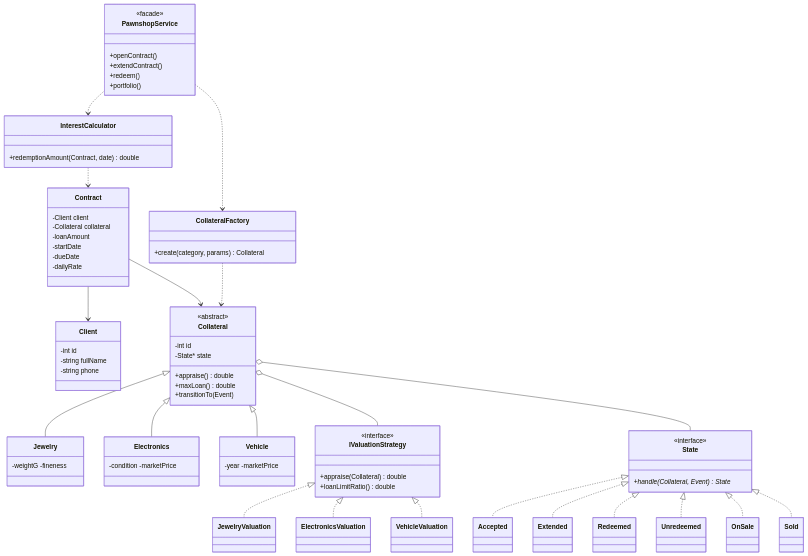
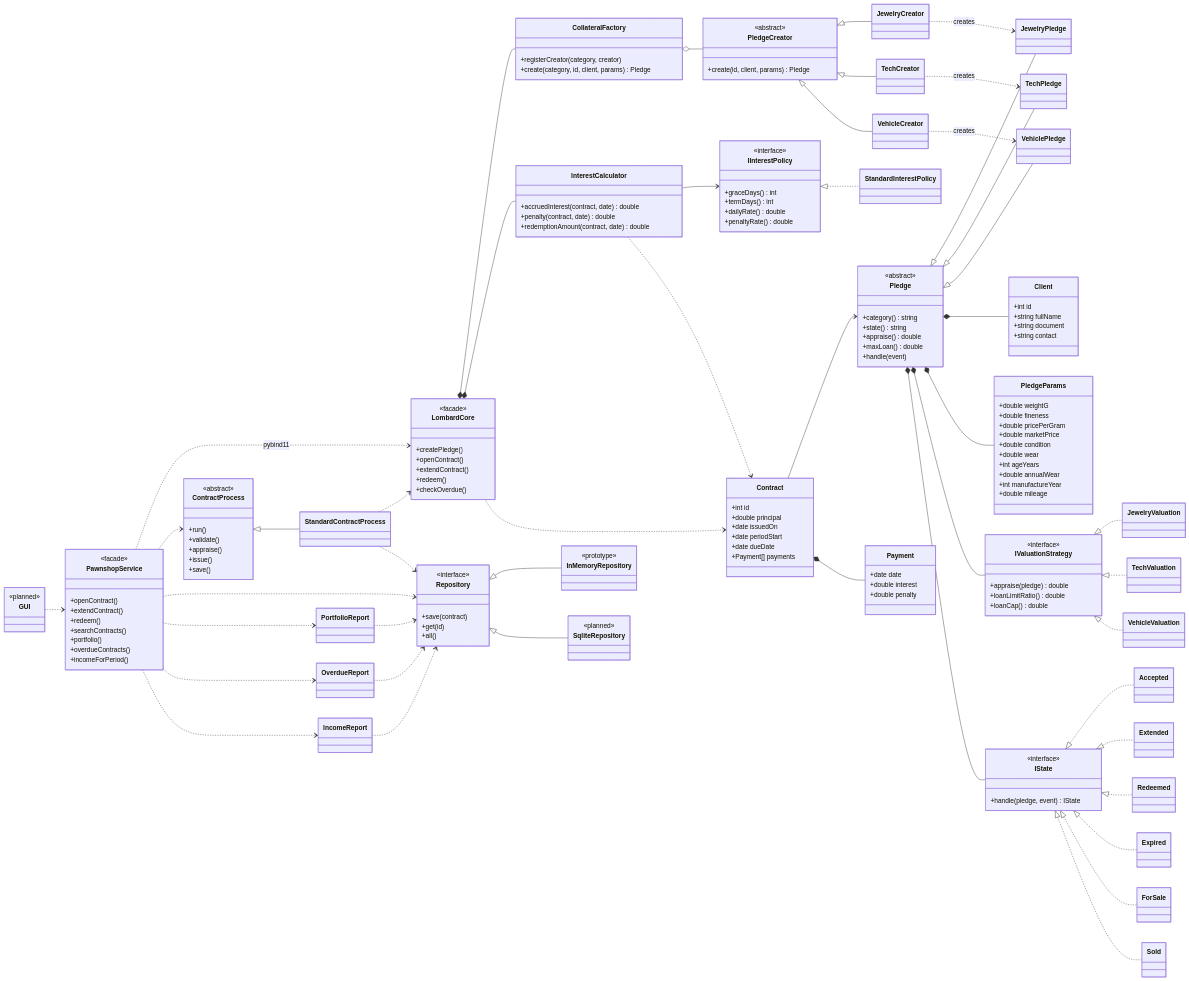
One commit to chester888-shef/pawnshop_system changed the first of 2 diagrams in docs/class_diagram.md. Above: the diagram before and after it, drawn with Mermaid. The commit also changed other lines of this file and 16 other files, not shown here.

````diff
--- a/docs/class_diagram.md
+++ b/docs/class_diagram.md
@@ -3,79 +7,180 @@
 ```mermaid
 classDiagram
+    direction LR
     class Client {
-        -int id
-        -string fullName
-        -string phone
+        +int id
+        +string fullName
+        +string document
+        +string contact
     }
-    class Collateral {
+    class PledgeParams {
+        +double weightG
+        +double fineness
+        +double pricePerGram
+        +double marketPrice
+        +double condition
+        +double wear
+        +int ageYears
+        +double annualWear
+        +int manufactureYear
+        +double mileage
+    }
+    class Pledge {
         <<abstract>>
-        -int id
-        -State* state
+        +category() string
+        +state() string
         +appraise() double
         +maxLoan() double
-        +transitionTo(Event)
+        +handle(event)
     }
-    class Jewelry { -weightG -fineness }
-    class Electronics { -condition -marketPrice }
-    class Vehicle { -year -marketPrice }
+    class JewelryPledge
+    class TechPledge
+    class VehiclePledge
     class IValuationStrategy {
         <<interface>>
-        +appraise(Collateral) double
+        +appraise(pledge) double
         +loanLimitRatio() double
+        +loanCap() double
     }
     class JewelryValuation
-    class ElectronicsValuation
+    class TechValuation
     class VehicleValuation
-    class CollateralFactory {
-        +create(category, params) Collateral
-    }
-    class State {
+    class IState {
         <<interface>>
-        +handle(Collateral, Event) State*
+        +handle(pledge, event) IState
     }
     class Accepted
     class Extended
     class Redeemed
-    class Unredeemed
-    class OnSale
+    class Expired
+    class ForSale
     class Sold
+    class PledgeCreator {
+        <<abstract>>
+        +create(id, client, params) Pledge
+    }
+    class JewelryCreator
+    class TechCreator
+    class VehicleCreator
+    class CollateralFactory {
+        +registerCreator(category, creator)
+        +create(category, id, client, params) Pledge
+    }
     class Contract {
-        -Client client
-        -Collateral collateral
-        -loanAmount
-        -startDate
-        -dueDate
-        -dailyRate
+        +int id
+        +double principal
+        +date issuedOn
+        +date periodStart
+        +date dueDate
+        +Payment[] payments
     }
+    class Payment {
+        +date date
+        +double interest
+        +double penalty
+    }
+    class IInterestPolicy {
+        <<interface>>
+        +graceDays() int
+        +termDays() int
+        +dailyRate() double
+        +penaltyRate() double
+    }
+    class StandardInterestPolicy
     class InterestCalculator {
-        +redemptionAmount(Contract, date) double
+        +accruedInterest(contract, date) double
+        +penalty(contract, date) double
+        +redemptionAmount(contract, date) double
+    }
+    class LombardCore {
+        <<facade>>
+        +createPledge()
+        +openContract()
+        +extendContract()
+        +redeem()
+        +checkOverdue()
     }
     class PawnshopService {
         <<facade>>
         +openContract()
         +extendContract()
         +redeem()
+        +searchContracts()
         +portfolio()
+        +overdueContracts()
+        +incomeForPeriod()
     }
-
-    Collateral <|-- Jewelry
-    Collateral <|-- Electronics
-    Collateral <|-- Vehicle
+    class ContractProcess {
+        <<abstract>>
+        +run()
+        +validate()
+        +appraise()
+        +issue()
+        +save()
+    }
+    class StandardContractProcess
+    class Repository {
+        <<interface>>
+        +save(contract)
+        +get(id)
+        +all()
+    }
+    class InMemoryRepository {
+        <<prototype>>
+    }
+    class SqliteRepository {
+        <<planned>>
+    }
+    class PortfolioReport
+    class OverdueReport
+    class IncomeReport
+    class GUI {
+        <<planned>>
+    }
+    Pledge <|-- JewelryPledge
+    Pledge <|-- TechPledge
+    Pledge <|-- VehiclePledge
+    Pledge *-- Client
+    Pledge *-- PledgeParams
+    Pledge *-- IValuationStrategy
+    Pledge *-- IState
     IValuationStrategy <|.. JewelryValuation
-    IValuationStrategy <|.. ElectronicsValuation
+    IValuationStrategy <|.. TechValuation
     IValuationStrategy <|.. VehicleValuation
-    Collateral o-- IValuationStrategy
-    Collateral o-- State
-    State <|.. Accepted
-    State <|.. Extended
-    State <|.. Redeemed
-    State <|.. Unredeemed
-    State <|.. OnSale
-    State <|.. Sold
-    CollateralFactory ..> Collateral
-    Contract --> Client
-    Contract --> Collateral
+    IState <|.. Accepted
+    IState <|.. Extended
+    IState <|.. Redeemed
+    IState <|.. Expired
+    IState <|.. ForSale
+    IState <|.. Sold
+    PledgeCreator <|-- JewelryCreator
+    PledgeCreator <|-- TechCreator
+    PledgeCreator <|-- VehicleCreator
+    JewelryCreator ..> JewelryPledge : creates
+    TechCreator ..> TechPledge : creates
+    VehicleCreator ..> VehiclePledge : creates
+    CollateralFactory o-- PledgeCreator
+    Contract --> Pledge
+    Contract *-- Payment
+    InterestCalculator --> IInterestPolicy
+    IInterestPolicy <|.. StandardInterestPolicy
     InterestCalculator ..> Contract
-    PawnshopService ..> CollateralFactory
-    PawnshopService ..> InterestCalculator
+    LombardCore *-- CollateralFactory
+    LombardCore *-- InterestCalculator
+    LombardCore ..> Contract
+    GUI ..> PawnshopService
+    PawnshopService ..> LombardCore : pybind11
+    PawnshopService ..> ContractProcess
+    PawnshopService ..> Repository
+    PawnshopService ..> PortfolioReport
+    PawnshopService ..> OverdueReport
+    PawnshopService ..> IncomeReport
+    ContractProcess <|-- StandardContractProcess
+    StandardContractProcess ..> LombardCore
+    StandardContractProcess ..> Repository
+    Repository <|-- InMemoryRepository
+    Repository <|-- SqliteRepository
+    PortfolioReport ..> Repository
+    OverdueReport ..> Repository
+    IncomeReport ..> Repository
 ```
````
